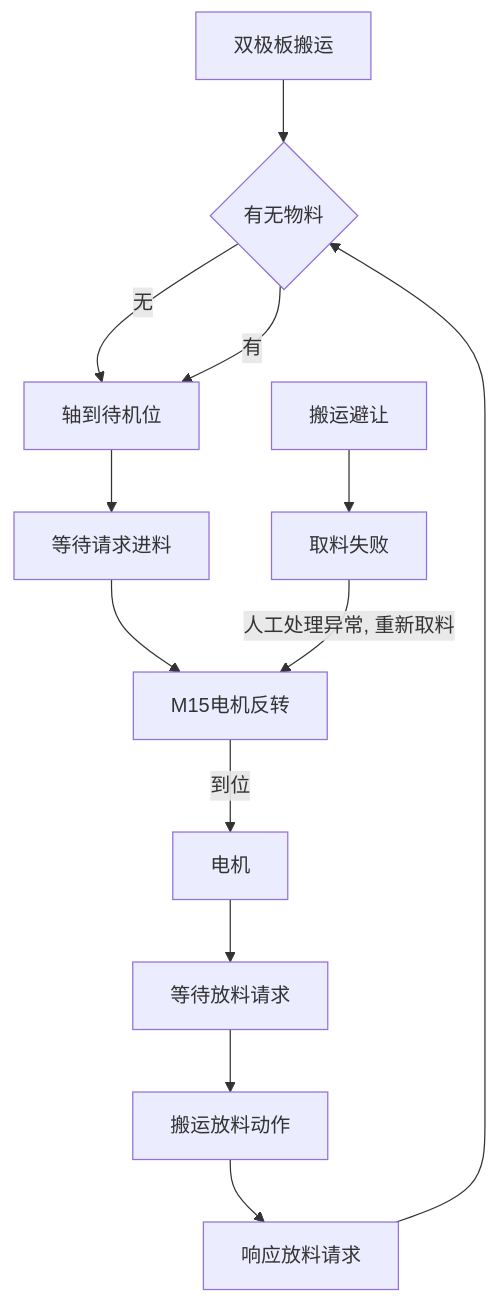
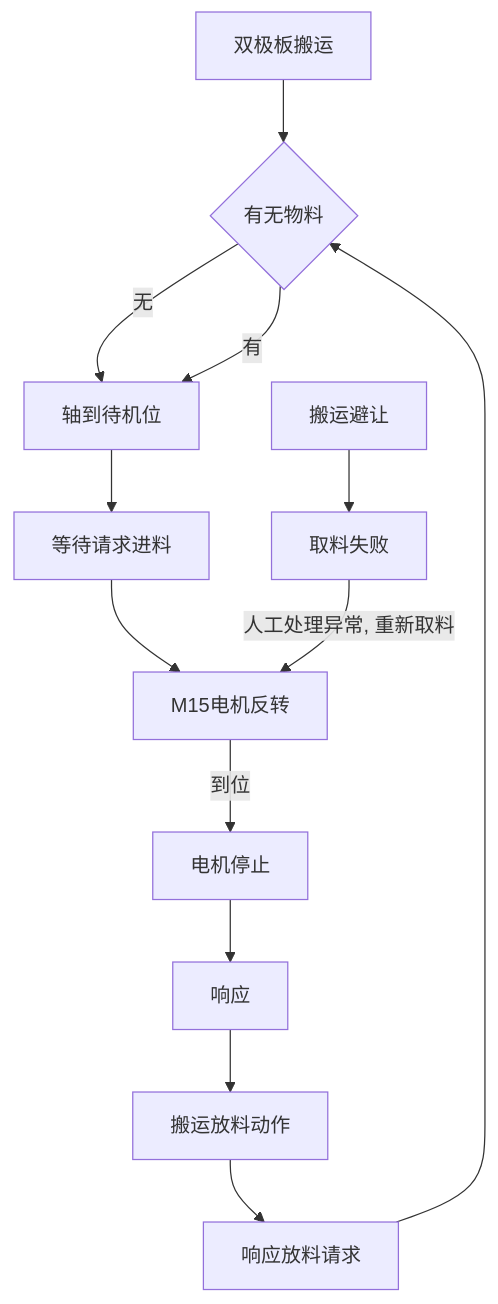
The diagram in all/未命名-1.md (PengKun1/iodraw-files), drawn with Mermaid before and after one commit.

Commit message:
2024-08-20 11:03:01 update

````diff
--- a/all/未命名-1.md
+++ b/all/未命名-1.md
@@ -1,17 +1,17 @@
 ```mermaid
 graph TD
 0[双极板搬运]-->10
 10{有无物料}-->|无|20
 10-->|有|20
 20[轴到待机位]-->30
 30[等待请求进料]-->40
 40[M15电机反转]-->|到位|50
-50[电机]-->60
-60[等待放料请求]-->70
+50[电机停止]-->60
+60[响应]-->70
 70[搬运放料动作]-->80
 80[响应放料请求]-->10
 
 90[搬运避让]-->900
 
 900[取料失败]-->|人工处理异常, 重新取料|40
 ```
````
